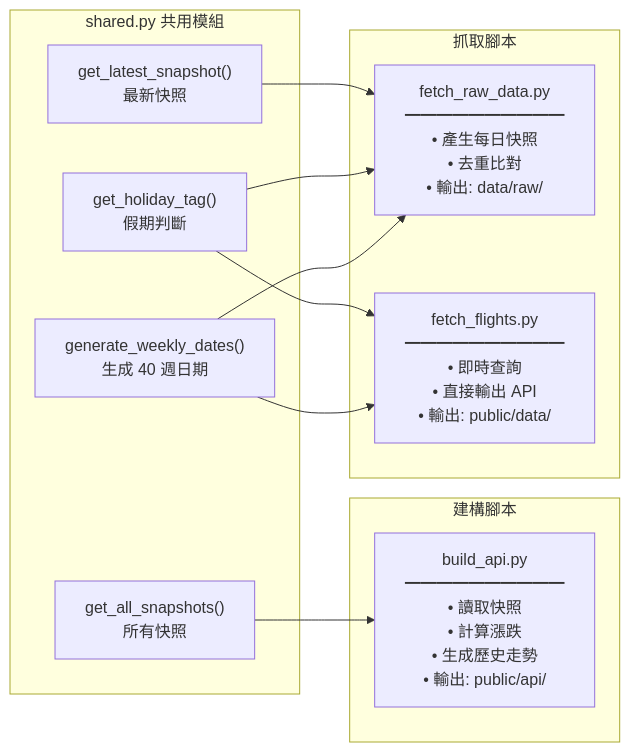
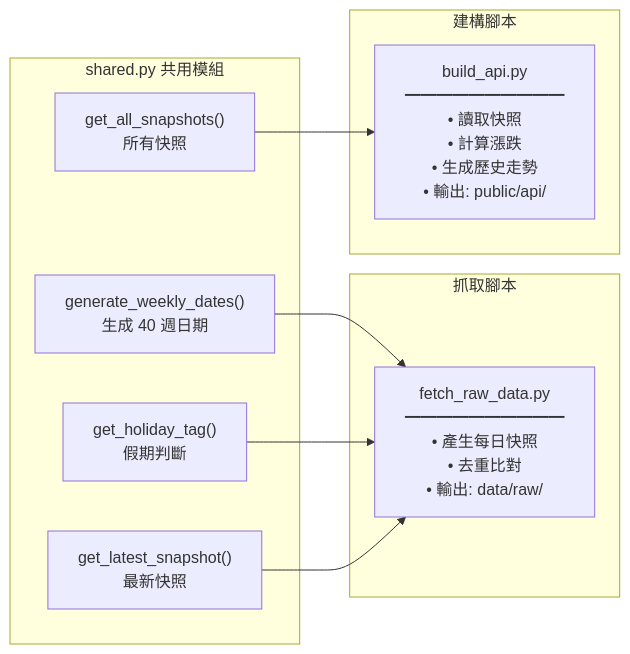
Before and after one commit to YuHaoLiaoSideProject/flight-radar: the seventh of 7 diagrams in docs/architecture.md, drawn with Mermaid. The commit also changed other lines of this file and 15 other files, not shown here.

````diff
--- a/docs/architecture.md
+++ b/docs/architecture.md
@@ -104,25 +102,22 @@
 ```mermaid
 graph LR
     subgraph Shared["shared.py 共用模組"]
         GEN["generate_weekly_dates()<br/>生成 40 週日期"]
         HOL["get_holiday_tag()<br/>假期判斷"]
         SNAP["get_latest_snapshot()<br/>最新快照"]
         ALLSNAP["get_all_snapshots()<br/>所有快照"]
     end
 
     subgraph Fetch["抓取腳本"]
         FRD["fetch_raw_data.py<br/>━━━━━━━━━━<br/>• 產生每日快照<br/>• 去重比對<br/>• 輸出: data/raw/"]
-        FF["fetch_flights.py<br/>━━━━━━━━━━<br/>• 即時查詢<br/>• 直接輸出 API<br/>• 輸出: public/data/"]
     end
 
     subgraph Build["建構腳本"]
         BA["build_api.py<br/>━━━━━━━━━━<br/>• 讀取快照<br/>• 計算漲跌<br/>• 生成歷史走勢<br/>• 輸出: public/api/"]
     end
 
     GEN --> FRD
-    GEN --> FF
     HOL --> FRD
-    HOL --> FF
     SNAP --> FRD
     ALLSNAP --> BA
 ```
````
